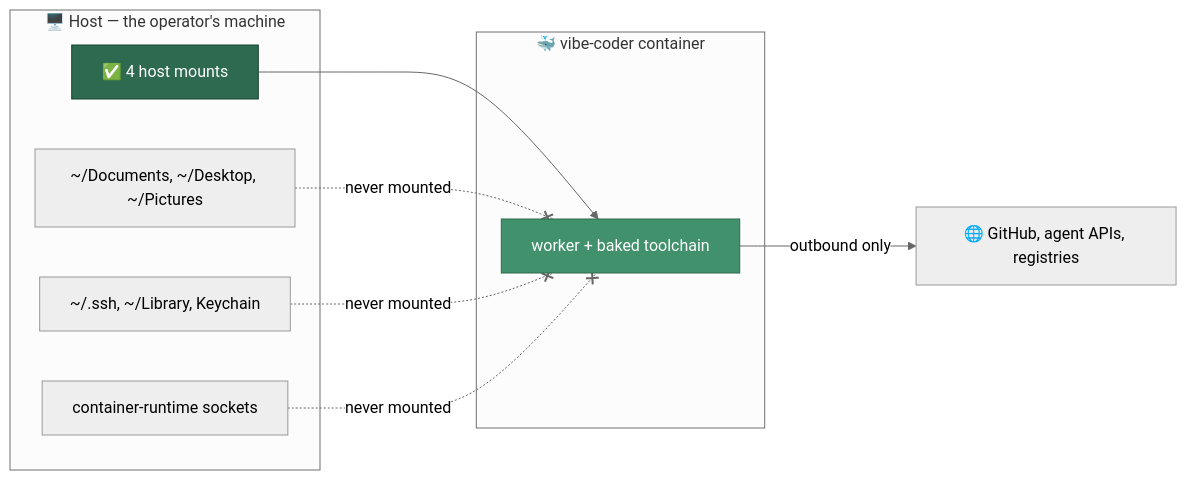
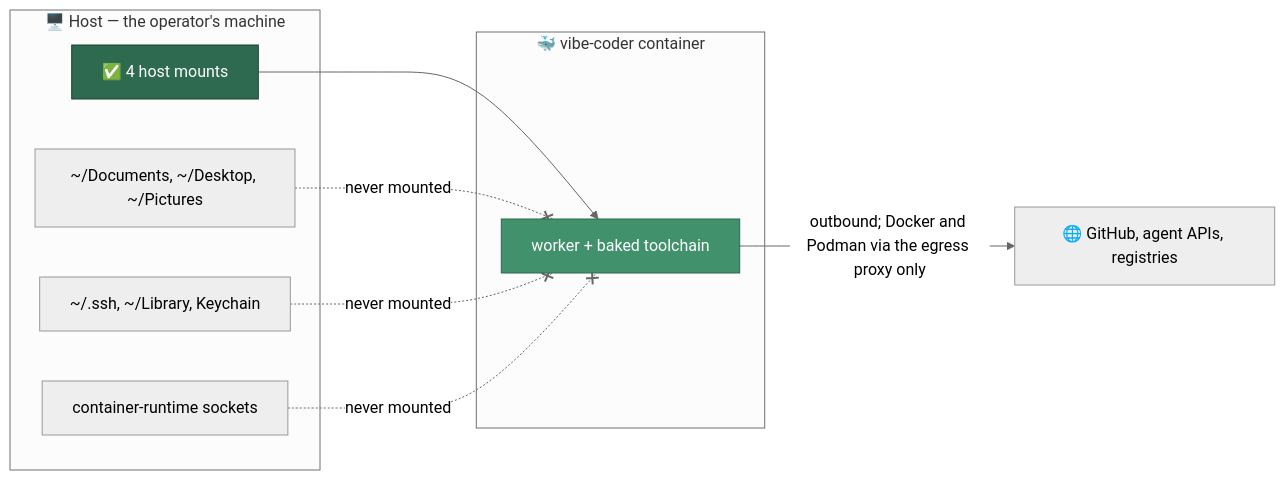
Before and after one commit to stSoftwareAU/VibeCoder: the first of 6 diagrams in docs/CONTAINMENT.md, drawn with Mermaid (neutral theme). The commit also changed other lines of this file and 20 other files, not shown here.

````diff
--- a/docs/CONTAINMENT.md
+++ b/docs/CONTAINMENT.md
@@ -27,19 +27,19 @@
 ```mermaid
 flowchart LR
     subgraph host ["🖥️ Host — the operator's machine"]
         H1["~/Documents, ~/Desktop, ~/Pictures"]
         H2["~/.ssh, ~/Library, Keychain"]
         H3["container-runtime sockets"]
         M["✅ 4 host mounts"]
     end
     subgraph box ["🐳 vibe-coder container"]
         W["worker + baked toolchain"]
     end
     M --> W
     H1 -. never mounted .-x W
     H2 -. never mounted .-x W
     H3 -. never mounted .-x W
-    W -->|outbound only| N["🌐 GitHub, agent APIs, registries"]
+    W -->|"outbound; Docker and Podman via the egress proxy only"| N["🌐 GitHub, agent APIs, registries"]
     style M fill:#2d6a4f,stroke:#1b4332,color:#fff
     style W fill:#40916c,stroke:#2d6a4f,color:#fff
 ```
````
